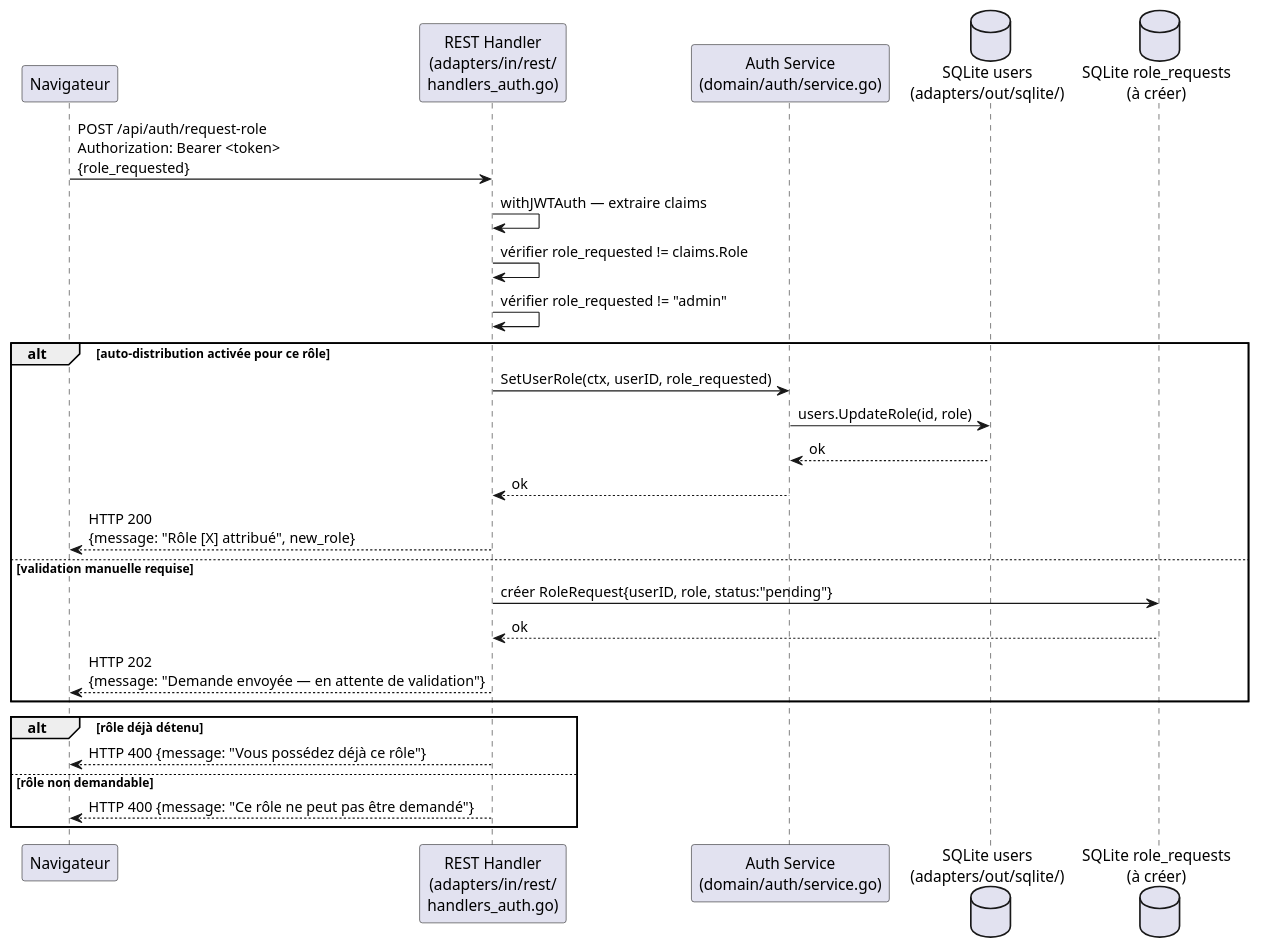
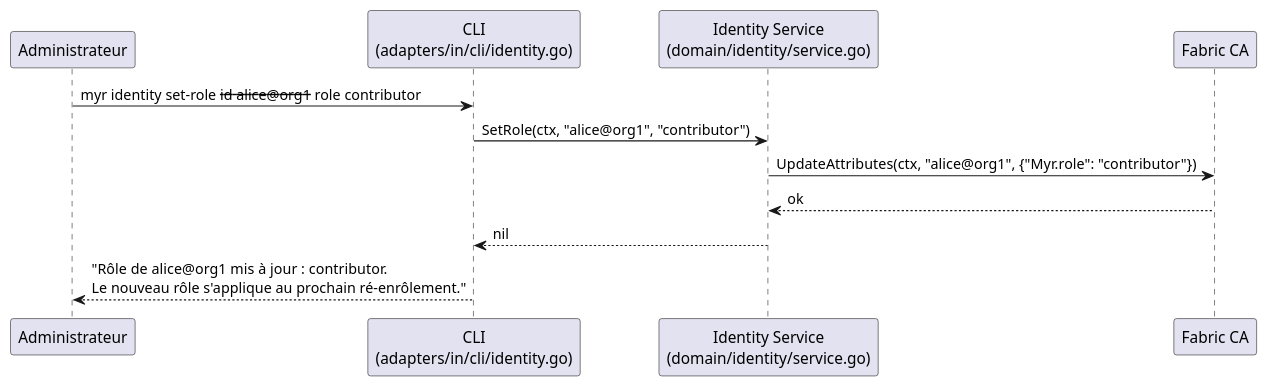
Before and after one commit to olivaux/myr: the second of 2 diagrams in specs/2-Analyse/UCA-Compte_et_Acces/UCA08.md, drawn with PlantUML. The commit also changed other lines of this file and 72 other files, not shown here.

````diff
--- a/specs/2-Analyse/UCA-Compte_et_Acces/UCA08.md
+++ b/specs/2-Analyse/UCA-Compte_et_Acces/UCA08.md
@@ -107,32 +77,15 @@
 ```plantuml
 @startuml
-participant "Navigateur" as Browser
-participant "REST Handler\n(adapters/in/rest/\nhandlers_auth.go)" as REST
-participant "Auth Service\n(domain/auth/service.go)" as Service
-database "SQLite users\n(adapters/out/sqlite/)" as SQLite
-database "SQLite role_requests\n(à créer)" as Requests
+participant "Administrateur" as ADM
+participant "CLI\n(adapters/in/cli/identity.go)" as CLI
+participant "Identity Service\n(domain/identity/service.go)" as Service
+participant "Fabric CA" as CA
 
-Browser -> REST : POST /api/auth/request-role\nAuthorization: Bearer <token>\n{role_requested}
-REST -> REST : withJWTAuth — extraire claims
-REST -> REST : vérifier role_requested != claims.Role
-REST -> REST : vérifier role_requested != "admin"
-
-alt auto-distribution activée pour ce rôle
-  REST -> Service : SetUserRole(ctx, userID, role_requested)
-  Service -> SQLite : users.UpdateRole(id, role)
-  SQLite --> Service : ok
-  Service --> REST : ok
-  REST --> Browser : HTTP 200\n{message: "Rôle [X] attribué", new_role}
-else validation manuelle requise
-  REST -> Requests : créer RoleRequest{userID, role, status:"pending"}
-  Requests --> REST : ok
-  REST --> Browser : HTTP 202\n{message: "Demande envoyée — en attente de validation"}
-end
-
-alt rôle déjà détenu
-  REST --> Browser : HTTP 400 {message: "Vous possédez déjà ce rôle"}
-else rôle non demandable
-  REST --> Browser : HTTP 400 {message: "Ce rôle ne peut pas être demandé"}
-end
+ADM -> CLI : myr identity set-role --id alice@org1 --role contributor
+CLI -> Service : SetRole(ctx, "alice@org1", "contributor")
+Service -> CA : UpdateAttributes(ctx, "alice@org1", {"Myr.role": "contributor"})
+CA --> Service : ok
+Service --> CLI : nil
+CLI --> ADM : "Rôle de alice@org1 mis à jour : contributor.\nLe nouveau rôle s'applique au prochain ré-enrôlement."
 @enduml
 ```
````
